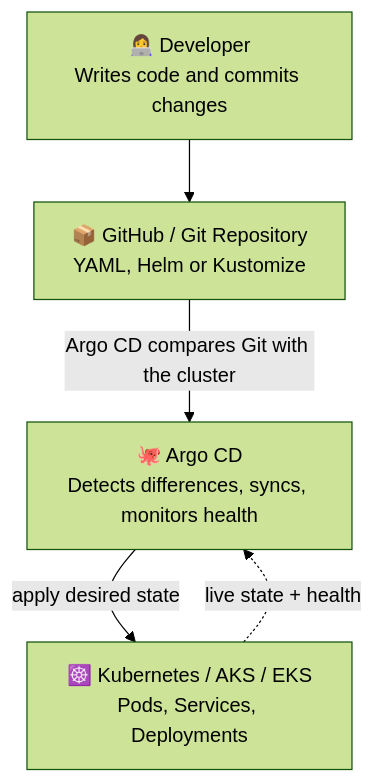
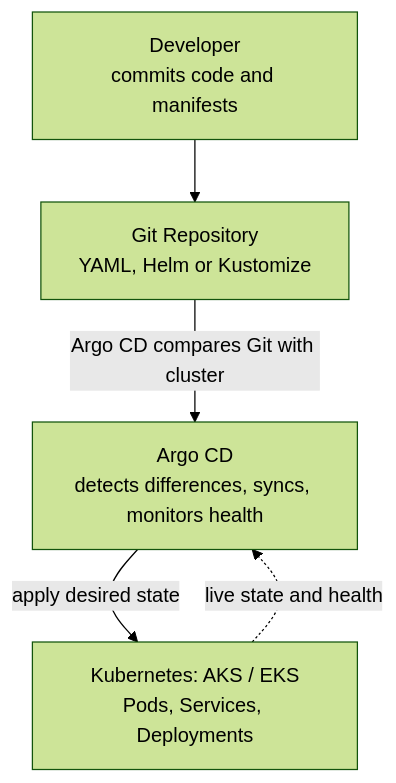
Before and after one commit to Cloud-Tamil/DevOps-Tools-Learning-Platform: the first of 2 diagrams in ArgoCD/README.md, drawn with Mermaid (forest theme). The commit also changed other lines of this file, not shown here.

````diff
--- a/ArgoCD/README.md
+++ b/ArgoCD/README.md
@@ -83,7 +48,7 @@
 ```mermaid
 flowchart TD
-    A[👩‍💻 Developer<br/>Writes code and commits changes] --> B[📦 GitHub / Git Repository<br/>YAML, Helm or Kustomize]
-    B -->|Argo CD compares Git with the cluster| C[🐙 Argo CD<br/>Detects differences, syncs, monitors health]
-    C -->|apply desired state| D[☸️ Kubernetes / AKS / EKS<br/>Pods, Services, Deployments]
-    D -.->|live state + health| C
+    A[Developer<br/>commits code and manifests] --> B[Git Repository<br/>YAML, Helm or Kustomize]
+    B -->|Argo CD compares Git with cluster| C[Argo CD<br/>detects differences, syncs, monitors health]
+    C -->|apply desired state| D[Kubernetes: AKS / EKS<br/>Pods, Services, Deployments]
+    D -.->|live state and health| C
 ```
````
